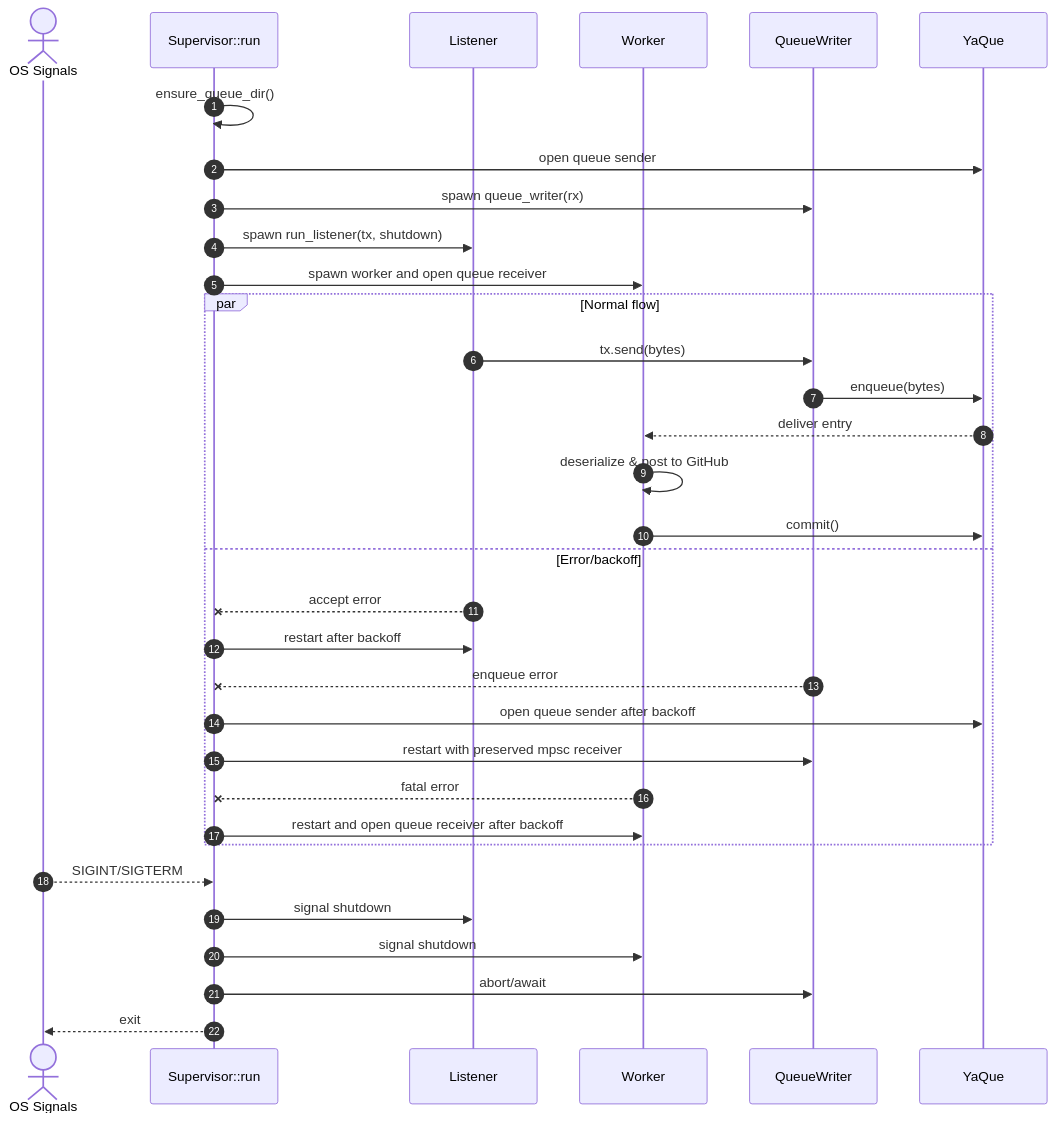
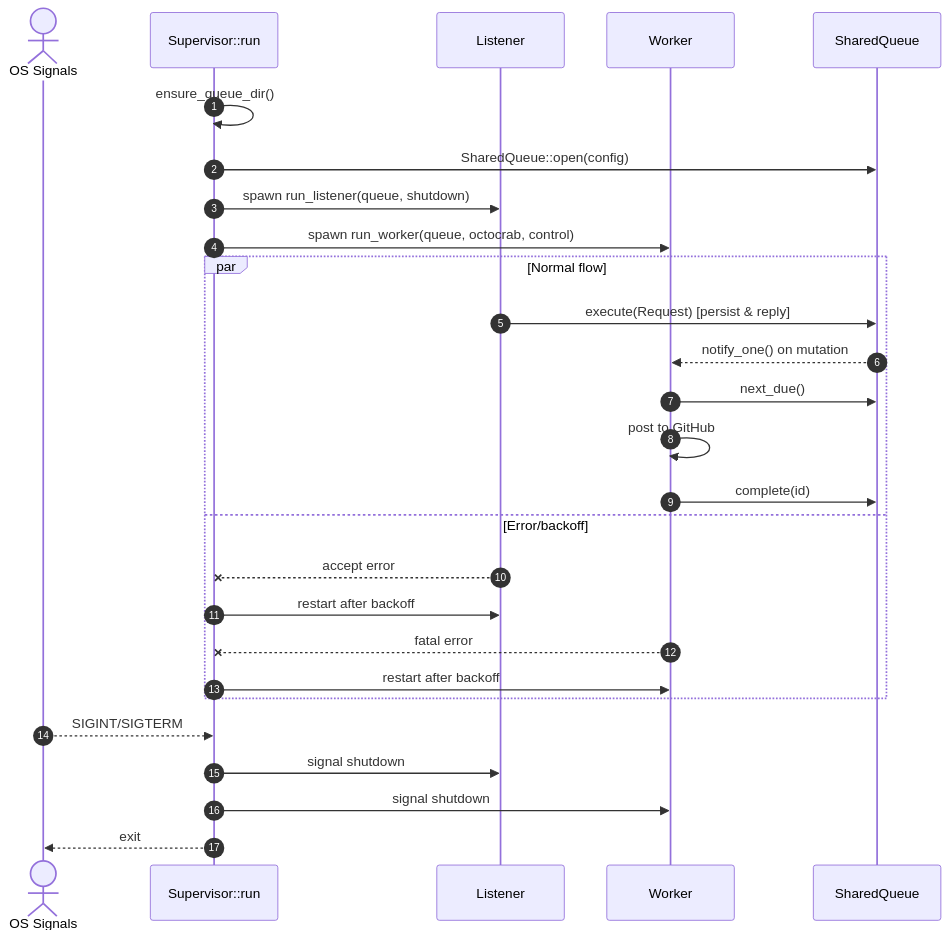
The first of 3 diagrams in docs/comenq-design.md (leynos/comenq), drawn with Mermaid before and after one commit. The commit also changed other lines of this file and 11 other files, not shown here.

````diff
--- a/docs/comenq-design.md
+++ b/docs/comenq-design.md
@@ -274,38 +452,32 @@
 ```mermaid
 sequenceDiagram
   autonumber
   actor OS as OS Signals
   participant Sup as Supervisor::run
   participant L as Listener
   participant W as Worker
-  participant QW as QueueWriter
-  participant YQ as YaQue
+  participant Q as SharedQueue
 
   Sup->>Sup: ensure_queue_dir()
-  Sup->>YQ: open queue sender
-  Sup->>QW: spawn queue_writer(rx)
-  Sup->>L: spawn run_listener(tx, shutdown)
-  Sup->>W: spawn worker and open queue receiver
+  Sup->>Q: SharedQueue::open(config)
+  Sup->>L: spawn run_listener(queue, shutdown)
+  Sup->>W: spawn run_worker(queue, octocrab, control)
 
   par Normal flow
-    L->>QW: tx.send(bytes)
-    QW->>YQ: enqueue(bytes)
-    YQ-->>W: deliver entry
-    W->>W: deserialize & post to GitHub
-    W->>YQ: commit()
+    L->>Q: execute(Request) [persist & reply]
+    Q-->>W: notify_one() on mutation
+    W->>Q: next_due()
+    W->>W: post to GitHub
+    W->>Q: complete(id)
   and Error/backoff
     L--x Sup: accept error
     Sup->>L: restart after backoff
-    QW--x Sup: enqueue error
-    Sup->>YQ: open queue sender after backoff
-    Sup->>QW: restart with preserved mpsc receiver
     W--x Sup: fatal error
-    Sup->>W: restart and open queue receiver after backoff
+    Sup->>W: restart after backoff
   end
 
   OS-->>Sup: SIGINT/SIGTERM
   Sup->>L: signal shutdown
   Sup->>W: signal shutdown
-  Sup->>QW: abort/await
   Sup-->>OS: exit
 ```
````
